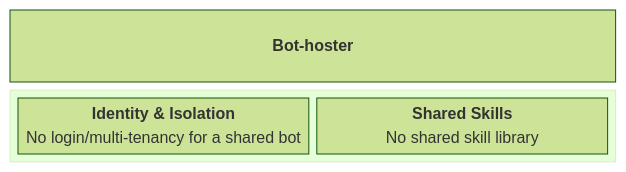
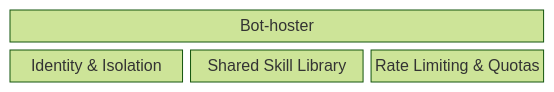
Before and after one commit to michaelatamuk/openjiuwen-jiuwenswarm: the diagram in docs-michael/usability/slides/personas-mermaid/bot-hoster.md, drawn with Mermaid (forest theme). The commit also changed other lines of this file and 20 other files, not shown here.

````diff
--- a/docs-michael/usability/slides/personas-mermaid/bot-hoster.md
+++ b/docs-michael/usability/slides/personas-mermaid/bot-hoster.md
@@ -5,9 +5,6 @@
 ```mermaid
 block-beta
   columns 3
-  P["<b>Bot-hoster</b>"]:3
-  block:b0:3
-    columns 3
-    n1["<b>Identity &amp; Isolation</b>\nNo login/multi-tenancy for a shared bot"] n2["<b>Shared Skills</b>\nNo shared skill library"]
-  end
+  P["Bot-hoster"]:3
+  G1["Identity & Isolation"] G2["Shared Skill Library"] G3["Rate Limiting & Quotas"]
 ```
````
